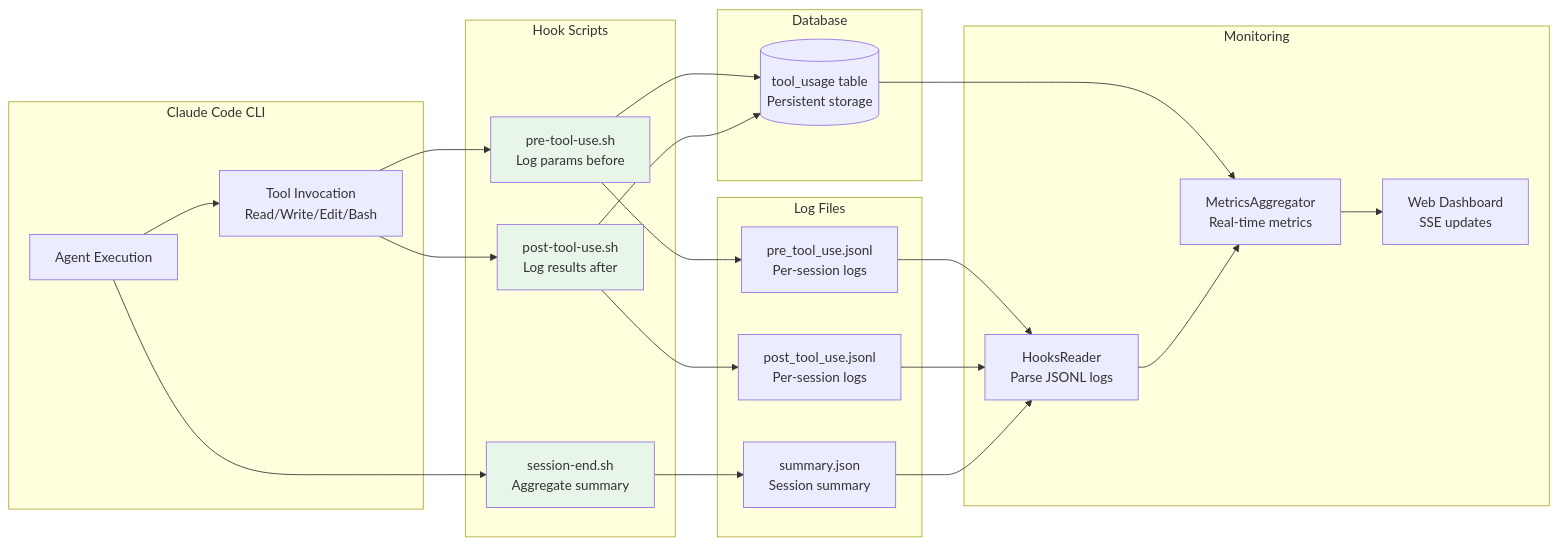
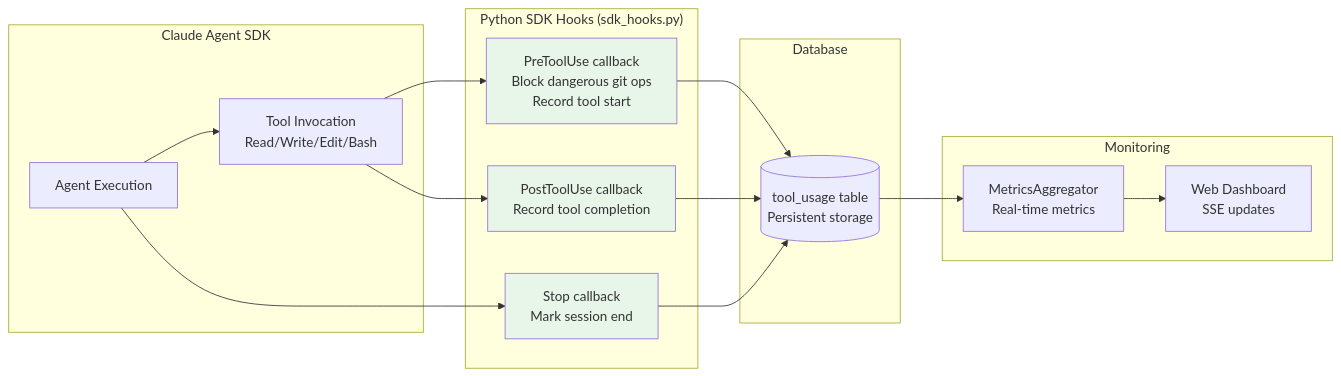
One commit to mjfuentes/amiga changed the fifth of 5 diagrams in docs/ARCHITECTURE.md. Above: the diagram before and after it, drawn with Mermaid. The commit also changed other lines of this file and 29 other files, not shown here.

````diff
--- a/docs/ARCHITECTURE.md
+++ b/docs/ARCHITECTURE.md
@@ -402,53 +415,39 @@
 ```mermaid
 flowchart LR
-    subgraph "Claude Code CLI"
+    subgraph "Claude Agent SDK"
         AGENT[Agent Execution]
         TOOL_CALL[Tool Invocation<br/>Read/Write/Edit/Bash]
     end
 
-    subgraph "Hook Scripts"
-        PRE_HOOK[pre-tool-use.sh<br/>Log params before]
-        POST_HOOK[post-tool-use.sh<br/>Log results after]
-        SESSION_END[session-end.sh<br/>Aggregate summary]
-    end
-
-    subgraph "Log Files"
-        PRE_LOG[pre_tool_use.jsonl<br/>Per-session logs]
-        POST_LOG[post_tool_use.jsonl<br/>Per-session logs]
-        SUMMARY[summary.json<br/>Session summary]
+    subgraph "Python SDK Hooks (sdk_hooks.py)"
+        PRE_HOOK[PreToolUse callback<br/>Block dangerous git ops<br/>Record tool start]
+        POST_HOOK[PostToolUse callback<br/>Record tool completion]
+        STOP_HOOK[Stop callback<br/>Mark session end]
     end
 
     subgraph "Database"
         TOOL_DB[(tool_usage table<br/>Persistent storage)]
     end
 
     subgraph "Monitoring"
-        HOOKS_READER[HooksReader<br/>Parse JSONL logs]
         METRICS[MetricsAggregator<br/>Real-time metrics]
         DASHBOARD[Web Dashboard<br/>SSE updates]
     end
 
     AGENT --> TOOL_CALL
     TOOL_CALL --> PRE_HOOK
-    PRE_HOOK --> PRE_LOG
     PRE_HOOK --> TOOL_DB
 
     TOOL_CALL --> POST_HOOK
-    POST_HOOK --> POST_LOG
     POST_HOOK --> TOOL_DB
 
-    AGENT --> SESSION_END
-    SESSION_END --> SUMMARY
-
-    PRE_LOG --> HOOKS_READER
-    POST_LOG --> HOOKS_READER
-    SUMMARY --> HOOKS_READER
+    AGENT --> STOP_HOOK
+    STOP_HOOK --> TOOL_DB
 
     TOOL_DB --> METRICS
-    HOOKS_READER --> METRICS
     METRICS --> DASHBOARD
 
     style PRE_HOOK fill:#e8f5e9
     style POST_HOOK fill:#e8f5e9
-    style SESSION_END fill:#e8f5e9
+    style STOP_HOOK fill:#e8f5e9
 ```
````
